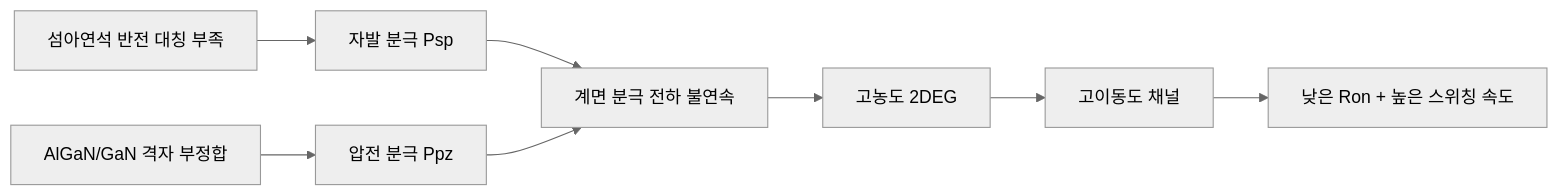
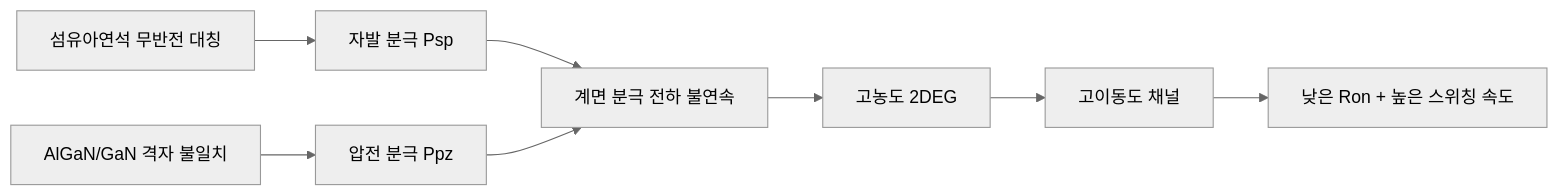
The third of 3 diagrams in research/materials/ent_material_sic_gan_power_devices.md (YansongW/awesome-humanoid-robot), drawn with Mermaid (neutral theme) before and after one commit. The commit also changed other lines of this file and 40 other files, not shown here.

````diff
--- a/research/materials/ent_material_sic_gan_power_devices.md
+++ b/research/materials/ent_material_sic_gan_power_devices.md
@@ -128,10 +267,10 @@
 ```mermaid
 flowchart LR
-    A[섬아연석 반전 대칭 부족] --> B[자발 분극 Psp]
-    C[AlGaN/GaN 격자 부정합] --> D[압전 분극 Ppz]
+    A[섬유아연석 무반전 대칭] --> B[자발 분극 Psp]
+    C[AlGaN/GaN 격자 불일치] --> D[압전 분극 Ppz]
     B --> E[계면 분극 전하 불연속]
     D --> E
     E --> F[고농도 2DEG]
     F --> G[고이동도 채널]
     G --> H[낮은 Ron + 높은 스위칭 속도]
 ```
````
